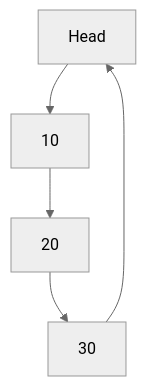
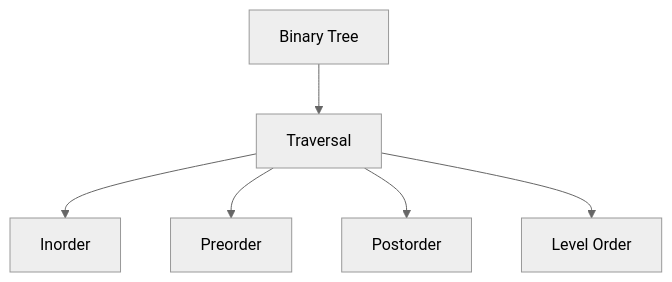
The sixth of 11 diagrams in README.md (SHYAM-001/DataStructures), drawn with Mermaid (neutral theme) before and after one commit. The commit also changed other lines of this file, not shown here.

````diff
--- a/README.md
+++ b/README.md
@@ -226,7 +414,8 @@
 ```mermaid
-graph TD;
-    A[Head] --> B[10]
-    B --> C[20]
-    C --> D[30]
-    D --> A[Head]
+graph TD
+    A[Binary Tree] --> B[Traversal]
+    B --> C[Inorder]
+    B --> D[Preorder]
+    B --> E[Postorder]
+    B --> F[Level Order]
 ```
````
